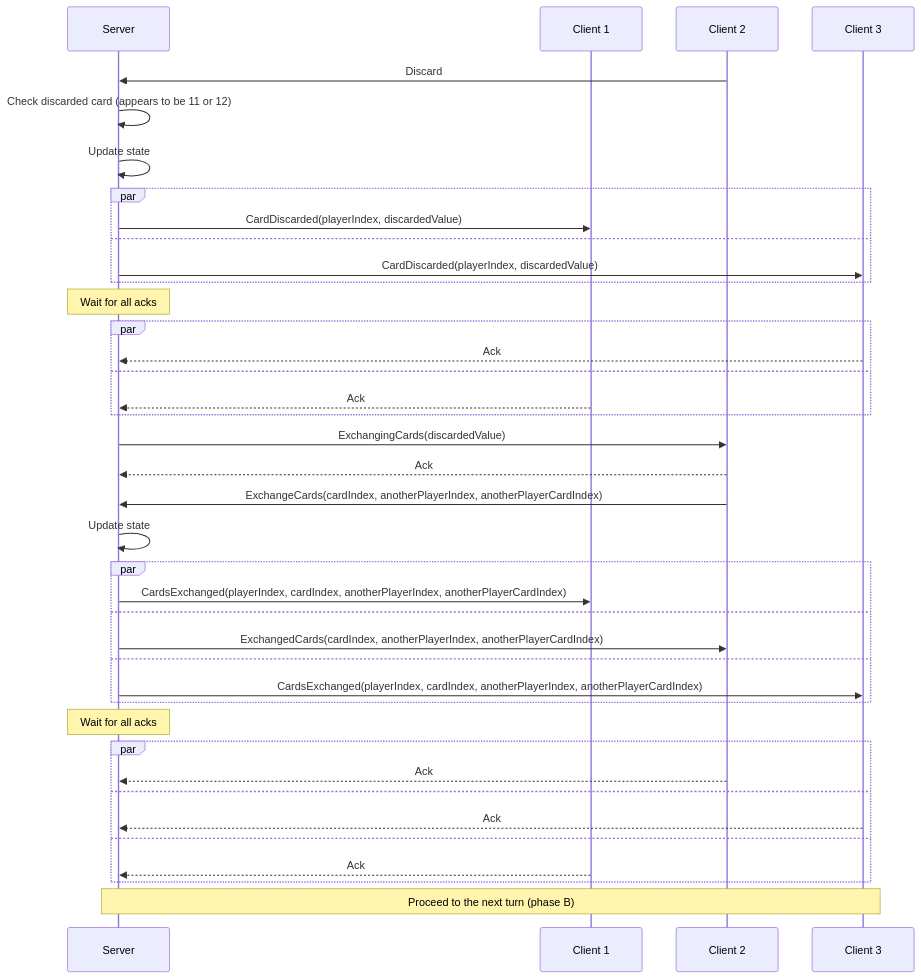
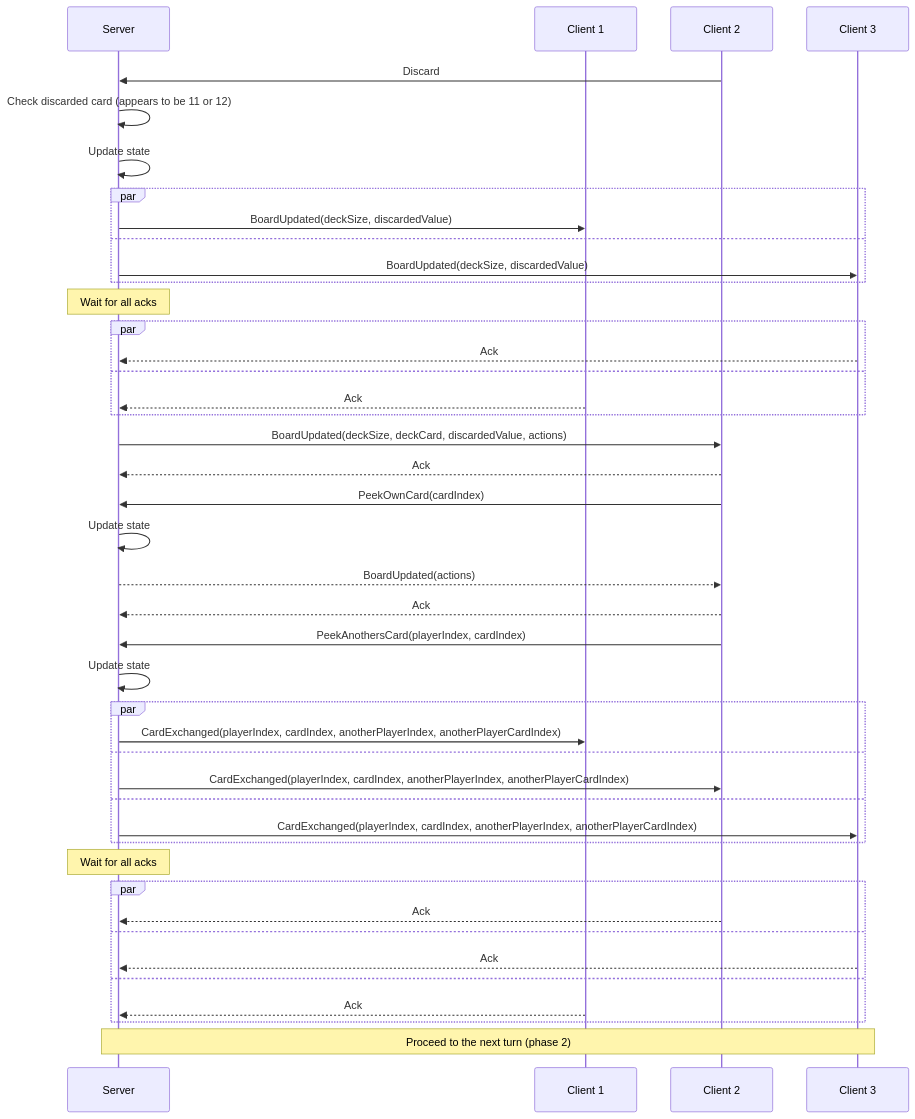
Before and after one commit to roman-zubarevich/another: diagram 13 of 15 in README.md, drawn with Mermaid. The commit also changed other lines of this file, not shown here.

````diff
--- a/README.md
+++ b/README.md
@@ -396,41 +405,45 @@
 ```mermaid
 sequenceDiagram
     participant S as Server
     participant C1 as Client 1
     participant C2 as Client 2
     participant C3 as Client 3
     C2->>S: Discard
     S->>S: Check discarded card (appears to be 11 or 12)
     S->>S: Update state
     par
-        S->>C1: CardDiscarded(playerIndex, discardedValue)
+        S->>C1: BoardUpdated(deckSize, discardedValue)
     and
-        S->>C3: CardDiscarded(playerIndex, discardedValue)
+        S->>C3: BoardUpdated(deckSize, discardedValue)
     end
     Note over S: Wait for all acks
     par
         C3-->>S: Ack
     and
         C1-->>S: Ack
     end
-    S->>C2: ExchangingCards(discardedValue)
+    S->>C2: BoardUpdated(deckSize, deckCard, discardedValue, actions)
     C2-->>S: Ack
-    C2->>S: ExchangeCards(cardIndex, anotherPlayerIndex, anotherPlayerCardIndex)
+    C2->>S: PeekOwnCard(cardIndex)
+    S->>S: Update state
+    S-->>C2: BoardUpdated(actions)
+    C2-->>S: Ack
+    C2->>S: PeekAnothersCard(playerIndex, cardIndex)
     S->>S: Update state
     par
-        S->>C1: CardsExchanged(playerIndex, cardIndex, anotherPlayerIndex, anotherPlayerCardIndex)
+        S->>C1: CardExchanged(playerIndex, cardIndex, anotherPlayerIndex, anotherPlayerCardIndex)
     and
-        S->>C2: ExchangedCards(cardIndex, anotherPlayerIndex, anotherPlayerCardIndex)
+        S->>C2: CardExchanged(playerIndex, cardIndex, anotherPlayerIndex, anotherPlayerCardIndex)
     and
-        S->>C3: CardsExchanged(playerIndex, cardIndex, anotherPlayerIndex, anotherPlayerCardIndex)
+        S->>C3: CardExchanged(playerIndex, cardIndex, anotherPlayerIndex, anotherPlayerCardIndex)
     end
     Note over S: Wait for all acks
     par
         C2-->>S: Ack
     and
         C3-->>S: Ack
     and
         C1-->>S: Ack
     end
-    Note over S,C3: Proceed to the next turn (phase B)
+    Note over S,C3: Proceed to the next turn (phase 2)
 ```
````
